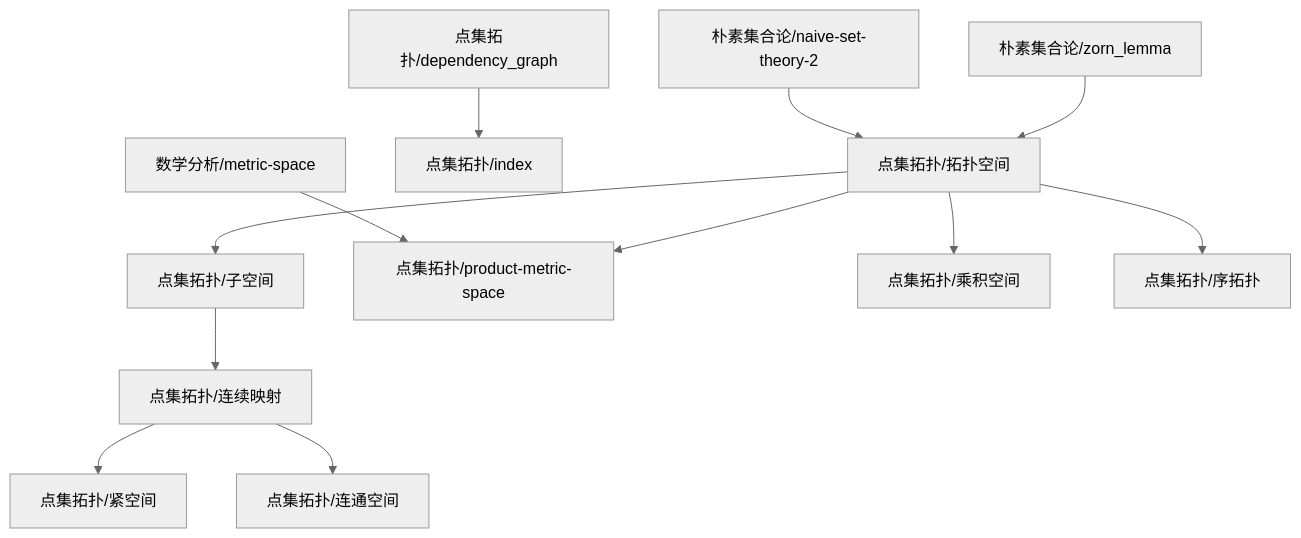
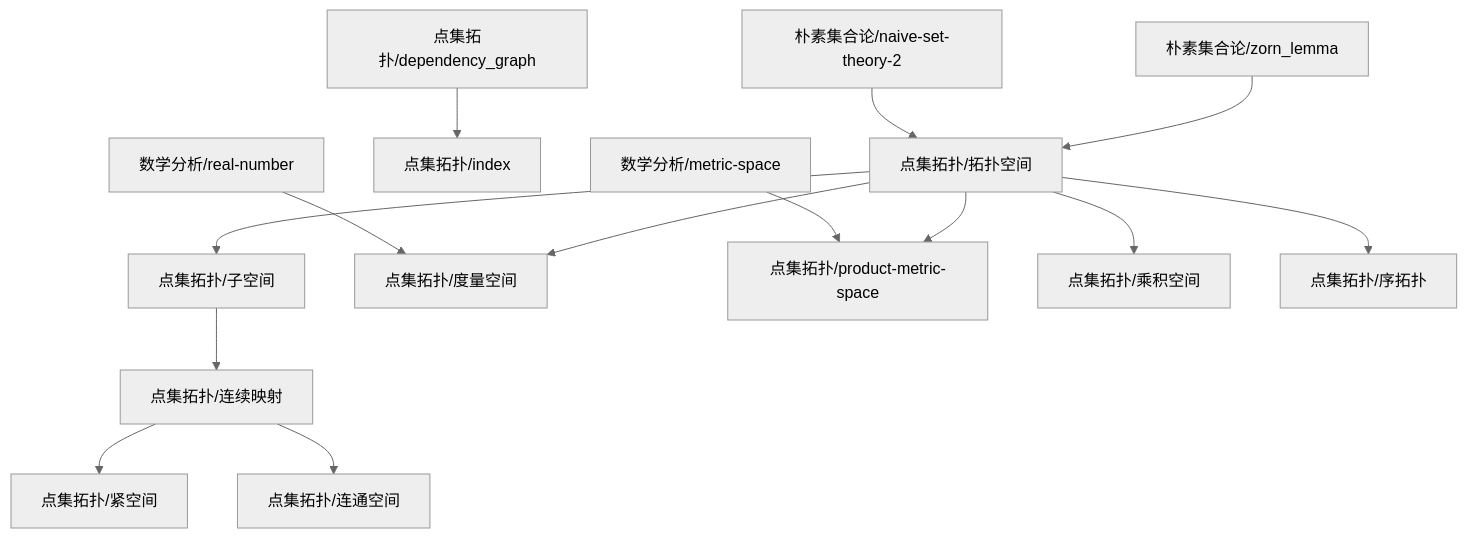
The diagram in content/点集拓扑/dependency_graph.md (zeroDtree/zeroDtree.github.io), drawn with Mermaid (neutral theme) before and after one commit. The commit also changed 7 other files, not shown here.

````diff
--- a/content/点集拓扑/dependency_graph.md
+++ b/content/点集拓扑/dependency_graph.md
@@ -1,14 +1,16 @@
 ```mermaid
 graph TD
 1["朴素集合论/naive-set-theory-2"] --> 0["点集拓扑/拓扑空间"]
 2["朴素集合论/zorn_lemma"] --> 0["点集拓扑/拓扑空间"]
 4["点集拓扑/子空间"] --> 3["点集拓扑/连续映射"]
 6["点集拓扑/dependency_graph"] --> 5["点集拓扑/index"]
 0["点集拓扑/拓扑空间"] --> 4["点集拓扑/子空间"]
-3["点集拓扑/连续映射"] --> 7["点集拓扑/紧空间"]
-9["数学分析/metric-space"] --> 8["点集拓扑/product-metric-space"]
-0["点集拓扑/拓扑空间"] --> 8["点集拓扑/product-metric-space"]
-3["点集拓扑/连续映射"] --> 10["点集拓扑/连通空间"]
-0["点集拓扑/拓扑空间"] --> 11["点集拓扑/乘积空间"]
-0["点集拓扑/拓扑空间"] --> 12["点集拓扑/序拓扑"]
+8["数学分析/real-number"] --> 7["点集拓扑/度量空间"]
+0["点集拓扑/拓扑空间"] --> 7["点集拓扑/度量空间"]
+3["点集拓扑/连续映射"] --> 9["点集拓扑/紧空间"]
+11["数学分析/metric-space"] --> 10["点集拓扑/product-metric-space"]
+0["点集拓扑/拓扑空间"] --> 10["点集拓扑/product-metric-space"]
+3["点集拓扑/连续映射"] --> 12["点集拓扑/连通空间"]
+0["点集拓扑/拓扑空间"] --> 13["点集拓扑/乘积空间"]
+0["点集拓扑/拓扑空间"] --> 14["点集拓扑/序拓扑"]
 ```
````
